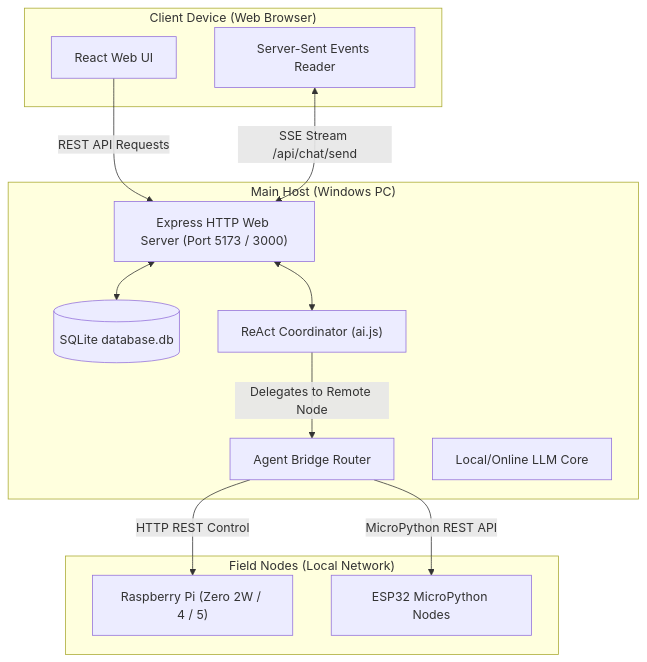
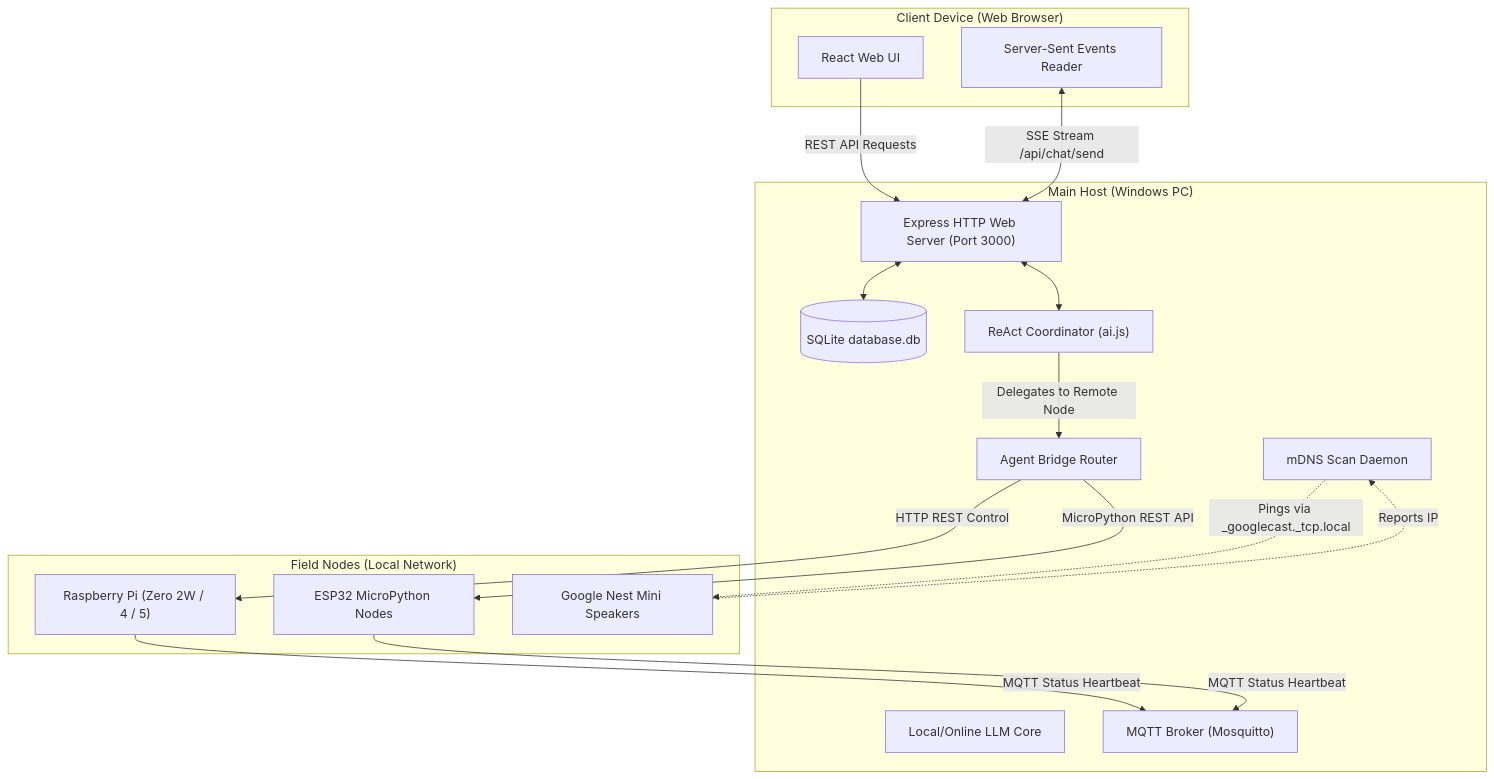
Before and after one commit to jjuhric/private_ai: the diagram in README.md, drawn with Mermaid. The commit also changed other lines of this file and 4 other files, not shown here.

````diff
--- a/README.md
+++ b/README.md
@@ -21,28 +21,35 @@
 ```mermaid
 graph TB
     subgraph Client ["Client Device (Web Browser)"]
         UI["React Web UI"]
         SSE_Conn["Server-Sent Events Reader"]
     end
 
     subgraph MainHost ["Main Host (Windows PC)"]
-        WebServer["Express HTTP Web Server (Port 5173 / 3000)"]
+        WebServer["Express HTTP Web Server (Port 3000)"]
         Database[("SQLite database.db")]
         Coord["ReAct Coordinator (ai.js)"]
         Bridge["Agent Bridge Router"]
         LLM["Local/Online LLM Core"]
+        MQTT["MQTT Broker (Mosquitto)"]
+        mDNS["mDNS Scan Daemon"]
     end
 
     subgraph FieldNodes ["Field Nodes (Local Network)"]
         RPi["Raspberry Pi (Zero 2W / 4 / 5)"]
         ESP["ESP32 MicroPython Nodes"]
+        Nest["Google Nest Mini Speakers"]
     end
 
     UI -->|REST API Requests| WebServer
     SSE_Conn <-->|SSE Stream /api/chat/send| WebServer
     WebServer <--> Database
     WebServer <--> Coord
+    RPi -->|MQTT Status Heartbeat| MQTT
+    ESP -->|MQTT Status Heartbeat| MQTT
+    mDNS -.->|Pings via _googlecast._tcp.local| Nest
+    Nest -.->|Reports IP| mDNS
     Coord -->|Delegates to Remote Node| Bridge
     Bridge -->|HTTP REST Control| RPi
     Bridge -->|MicroPython REST API| ESP
 ```
````
